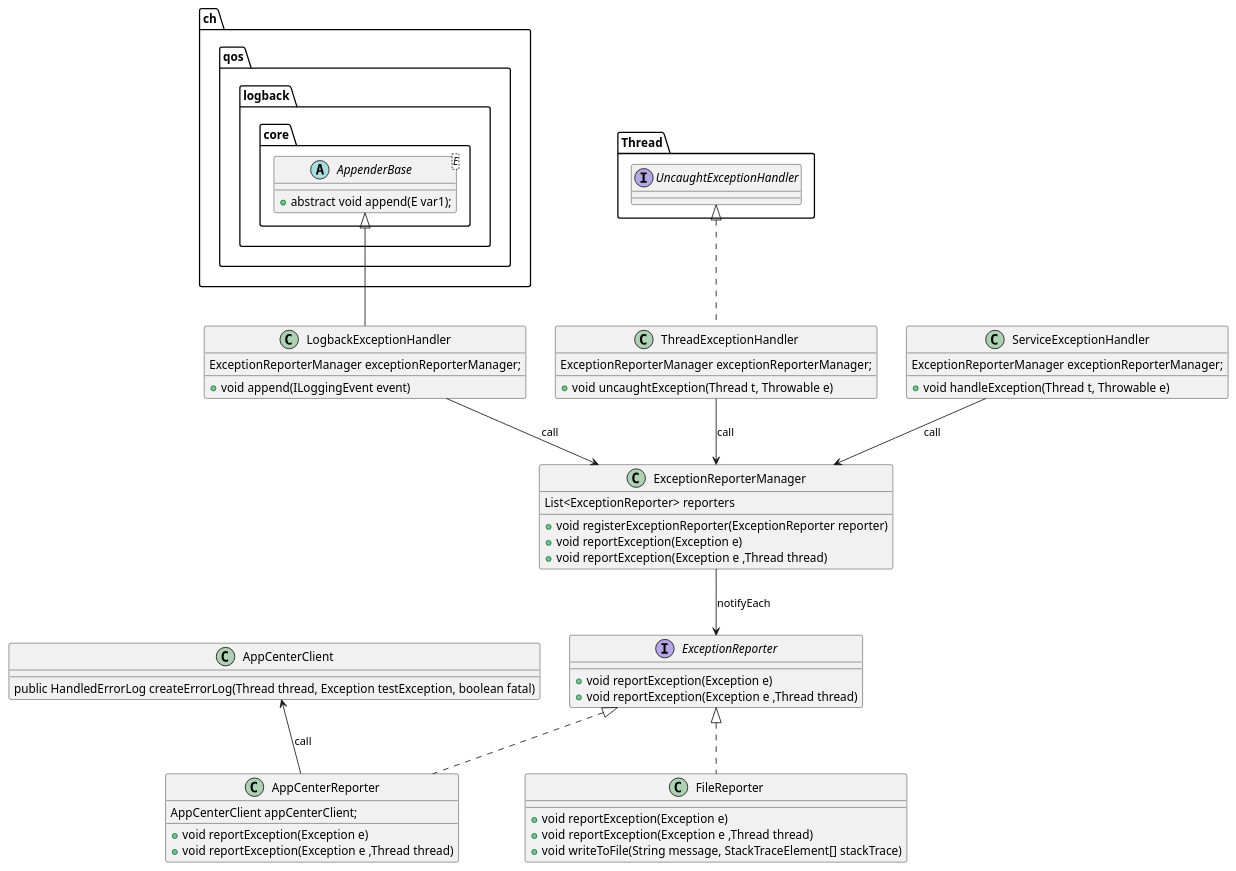
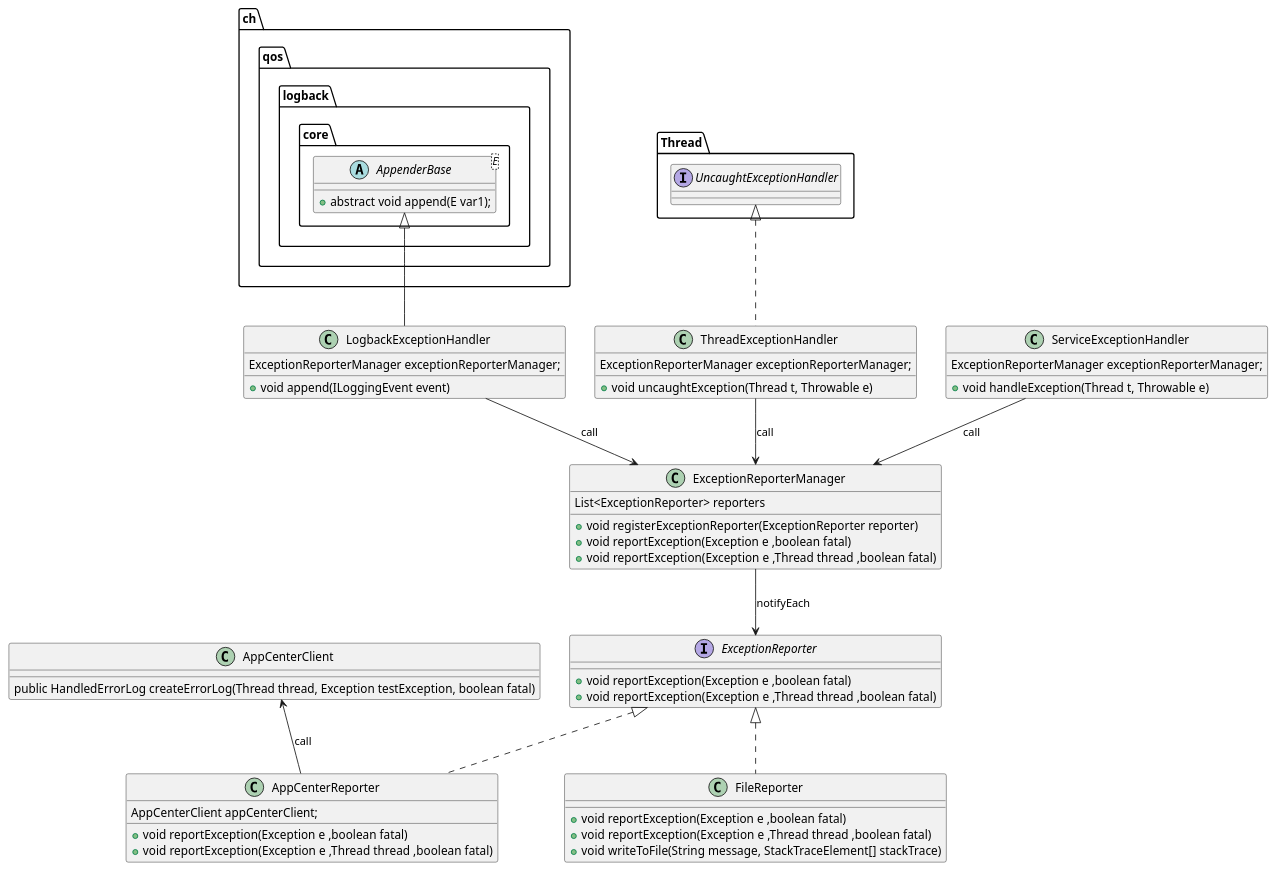
The diagram in agent/doc/UML/hydra_lab_exception_monitor_design.puml (microsoft/HydraLab), drawn with PlantUML before and after one commit. The commit also changed 9 other files, not shown here.

```diff
--- a/agent/doc/UML/hydra_lab_exception_monitor_design.puml
+++ b/agent/doc/UML/hydra_lab_exception_monitor_design.puml
@@ -1,58 +1,58 @@
 @startuml exception_monitor
 interface ExceptionReporter {
-    + void reportException(Exception e)
-    + void reportException(Exception e ,Thread thread)
+    + void reportException(Exception e ,boolean fatal)
+    + void reportException(Exception e ,Thread thread ,boolean fatal)
 }
 
 class ExceptionReporterManager {
     List<ExceptionReporter> reporters
     + void registerExceptionReporter(ExceptionReporter reporter)
-    + void reportException(Exception e)
-    + void reportException(Exception e ,Thread thread)
+    + void reportException(Exception e ,boolean fatal)
+    + void reportException(Exception e ,Thread thread ,boolean fatal)
 }
 
 class AppCenterReporter implements ExceptionReporter {
     AppCenterClient appCenterClient;
 
-    + void reportException(Exception e)
-    + void reportException(Exception e ,Thread thread)
+    + void reportException(Exception e ,boolean fatal)
+    + void reportException(Exception e ,Thread thread ,boolean fatal)
 }
 
 
 class FileReporter implements ExceptionReporter {
-    + void reportException(Exception e)
-    + void reportException(Exception e ,Thread thread)
+    + void reportException(Exception e ,boolean fatal)
+    + void reportException(Exception e ,Thread thread ,boolean fatal)
     + void writeToFile(String message, StackTraceElement[] stackTrace)
 }
 
 class AppCenterClient{
     public HandledErrorLog createErrorLog(Thread thread, Exception testException, boolean fatal)
 }
 
 AppCenterClient <-- AppCenterReporter : call
 
 abstract class ch.qos.logback.core.AppenderBase<E> {
     + abstract void append(E var1);
 }
 
 class LogbackExceptionHandler extends ch.qos.logback.core.AppenderBase {
     ExceptionReporterManager exceptionReporterManager;
     + void append(ILoggingEvent event)
 }
 
 class ThreadExceptionHandler implements Thread.UncaughtExceptionHandler {
     ExceptionReporterManager exceptionReporterManager;
     + void uncaughtException(Thread t, Throwable e)
 }
 
 class ServiceExceptionHandler {
     ExceptionReporterManager exceptionReporterManager;
     + void handleException(Thread t, Throwable e)
 }
 
 LogbackExceptionHandler --> ExceptionReporterManager : call
 ThreadExceptionHandler --> ExceptionReporterManager : call
 ServiceExceptionHandler --> ExceptionReporterManager : call
 
 ExceptionReporterManager --> ExceptionReporter : notifyEach
 @enduml
```
